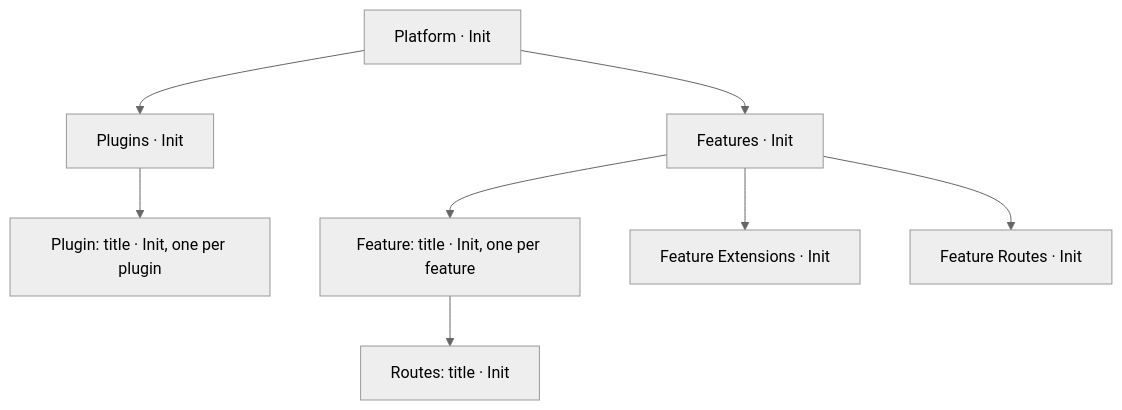
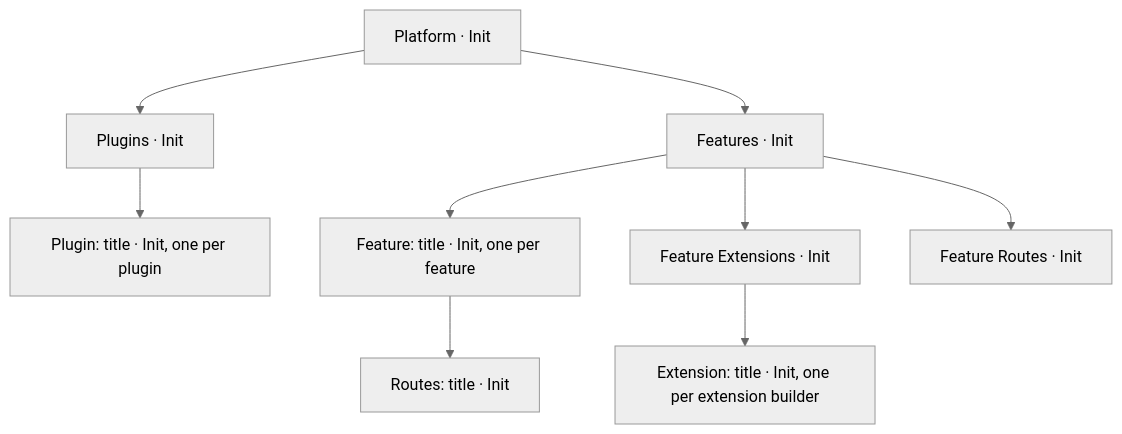
Before and after one commit to vyuh-tech/vyuh: the second of 2 diagrams in docs/plugins/telemetry.md, drawn with Mermaid (neutral theme). The commit also changed other lines of this file and 26 other files, not shown here.

````diff
--- a/docs/plugins/telemetry.md
+++ b/docs/plugins/telemetry.md
@@ -200,10 +206,11 @@
 ```mermaid
 flowchart TD
   P["Platform · Init"] --> PL["Plugins · Init"]
   PL --> PL1["Plugin: title · Init, one per plugin"]
   P --> FE["Features · Init"]
   FE --> F1["Feature: title · Init, one per feature"]
   F1 --> R1["Routes: title · Init"]
   FE --> FX["Feature Extensions · Init"]
+  FX --> FX1["Extension: title · Init, one per extension builder"]
   FE --> FR["Feature Routes · Init"]
 ```
````
